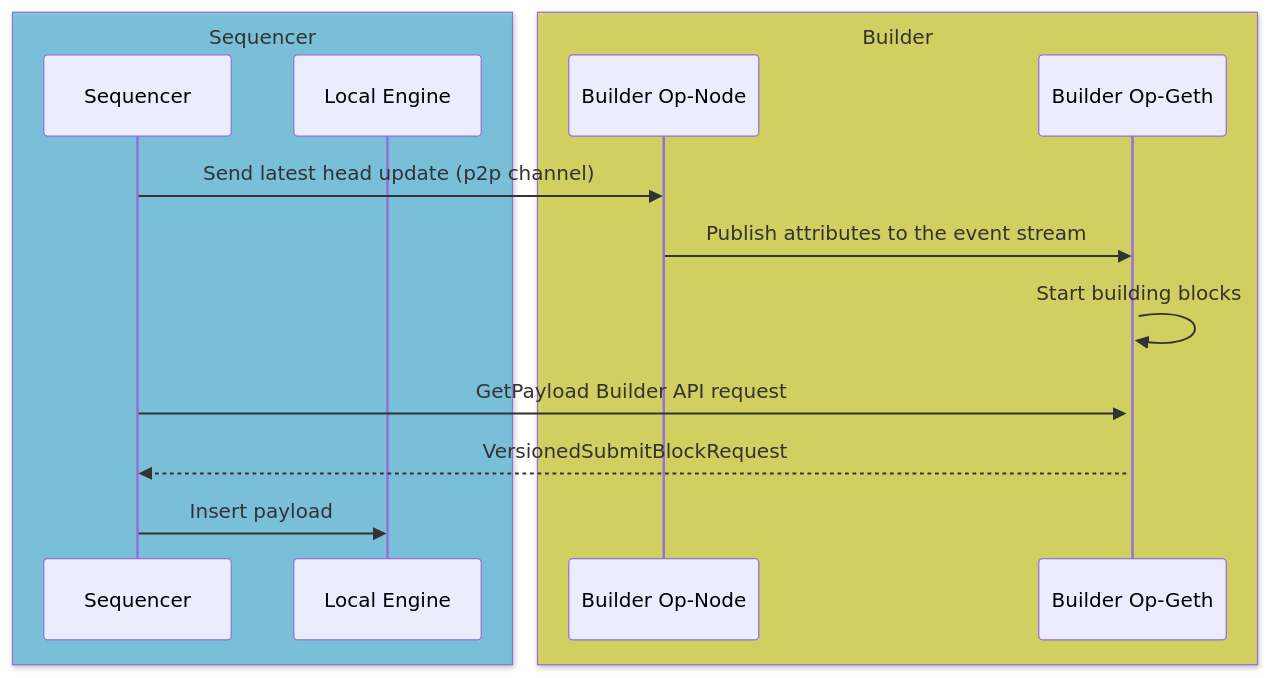
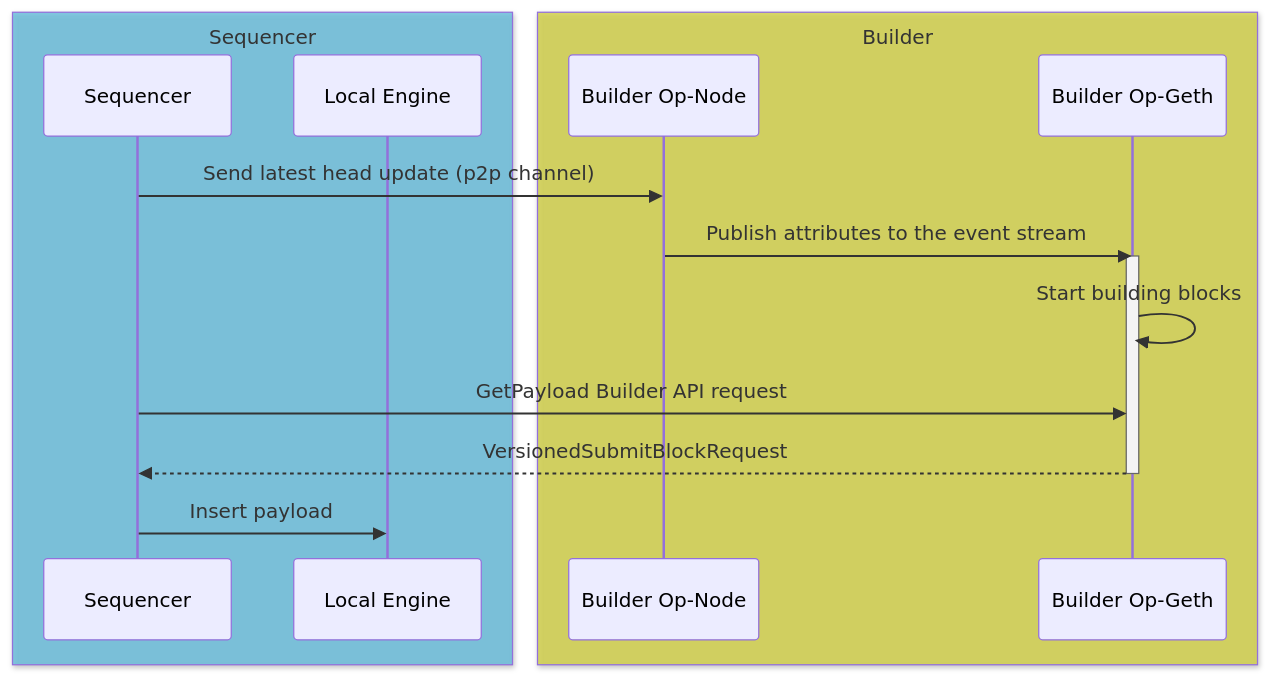
The diagram in README.md (flashbots/op-geth), drawn with Mermaid before and after one commit.

Commit message:
deactivate BUILDER

````diff
--- a/README.md
+++ b/README.md
@@ -35,19 +35,20 @@
 ```mermaid
 sequenceDiagram
     box rgba(103, 189, 220, 0.8) Sequencer
     participant SEQ as Sequencer
     participant ENGINE as Local Engine
     end
     box rgba(210, 209, 71, 0.8) Builder
     participant BOP as Builder Op-Node
     participant BUILDER as Builder Op-Geth
     end
 
     SEQ->>BOP: Send latest head update (p2p channel)
     BOP->>BUILDER: Publish attributes to the event stream
     activate BUILDER
     BUILDER->>BUILDER: Start building blocks
     SEQ->>BUILDER: GetPayload Builder API request
     BUILDER-->>SEQ: VersionedSubmitBlockRequest
+    deactivate BUILDER
     SEQ->>ENGINE: Insert payload
 ```
````
